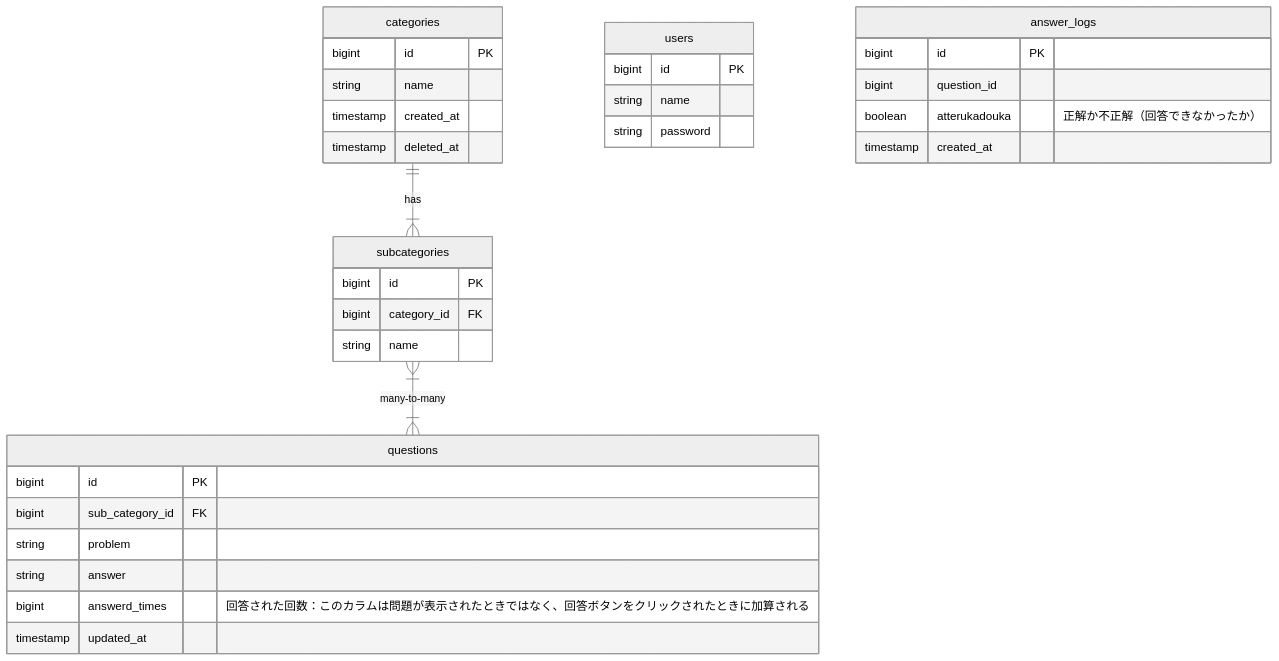
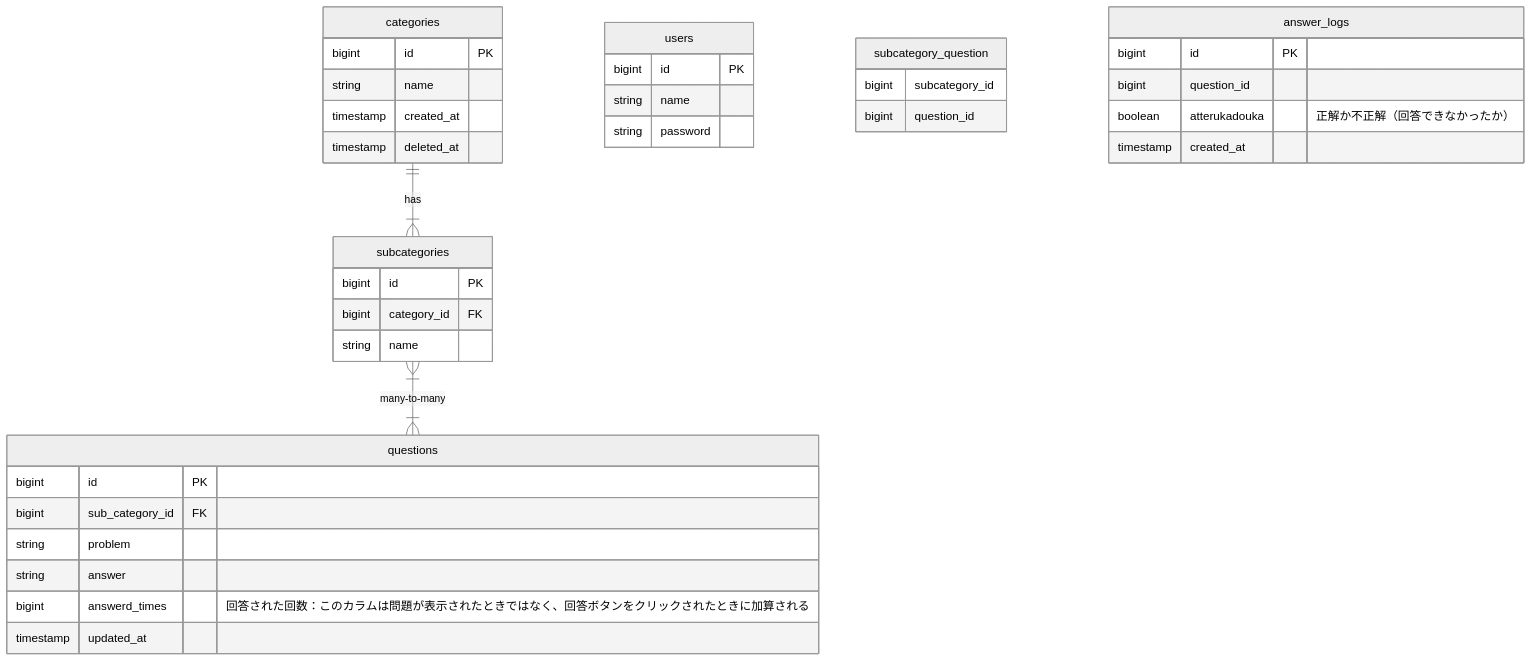
Before and after one commit to sora-okinawa/question_app: the diagram in erDiagram.md, drawn with Mermaid (neutral theme).

Commit message:
add subcategory_question

`````diff
--- a/erDiagram.md
+++ b/erDiagram.md
@@ -1,60 +1,65 @@
 ```mermaid
 erDiagram
 
     categories ||--|{ subcategories : "has"
 
     subcategories }|--|{ questions : "many-to-many"
 
     users {
         bigint id PK
         string name
         string password
     }
 
     %% ログインさえできればよいのでusersとcategoriesはひもづけない
 
     categories {
         bigint id PK
         string name 
         timestamp created_at
         timestamp deleted_at
     }
 
     %% カテゴリ名の変更、カテゴリの削除は管理者でも不可。名称の変更と削除はする必要がないため。
 
     %% ex)math.statistics, math.sequence
     %% ex)chemistry.organics
     %% ex)php
     
     subcategories {
         bigint id PK
         bigint category_id FK
         string name
     }
 
     %% ex)
 
     questions {
         bigint id PK
         bigint sub_category_id FK
         string problem
         string answer
         bigint answerd_times "回答された回数：このカラムは問題が表示されたときではなく、回答ボタンをクリックされたときに加算される"
         timestamp updated_at
     }
 
+    subcategory_question {
+        bigint subcategory_id
+        bigint question_id
+    }
+
     %% questinの編集、削除はadminのrole
 
     answer_logs {
         bigint id PK
         bigint question_id 
         boolean atterukadouka "正解か不正解（回答できなかったか）"
         timestamp created_at
     }
     %% answer_logsを使用して、回答することができなかった問題で絞り込んで出題する。
     %% answer_logsから苦手なsub_category, categoryを分析する。
     %% answer_logsから、直近1ヶ月以上前に回答してかつ、間違えた回数が3回以上のもので絞り込んで出題する。
 
 
 
 ````
`````
